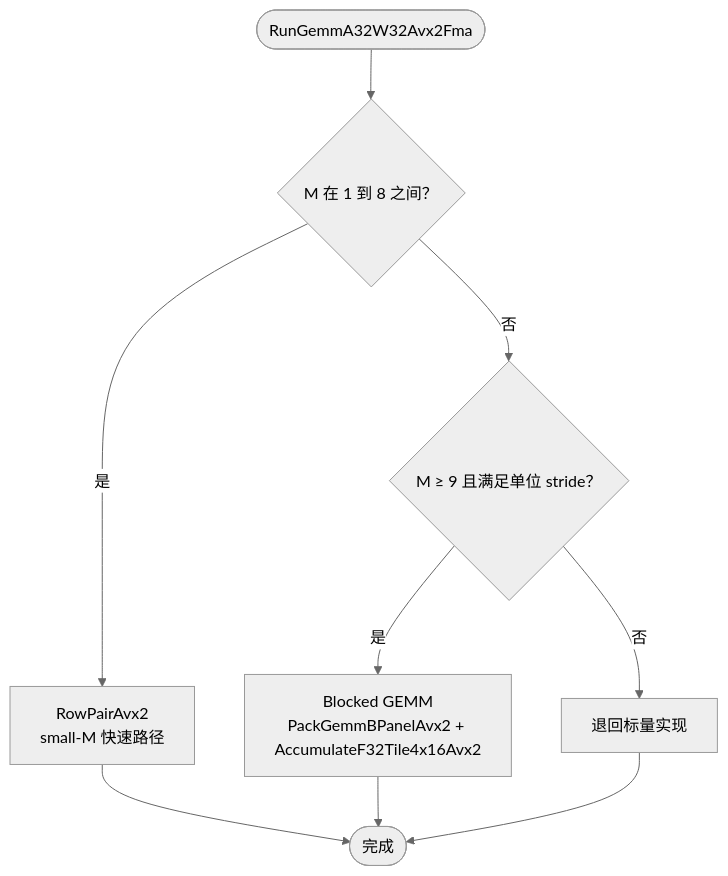
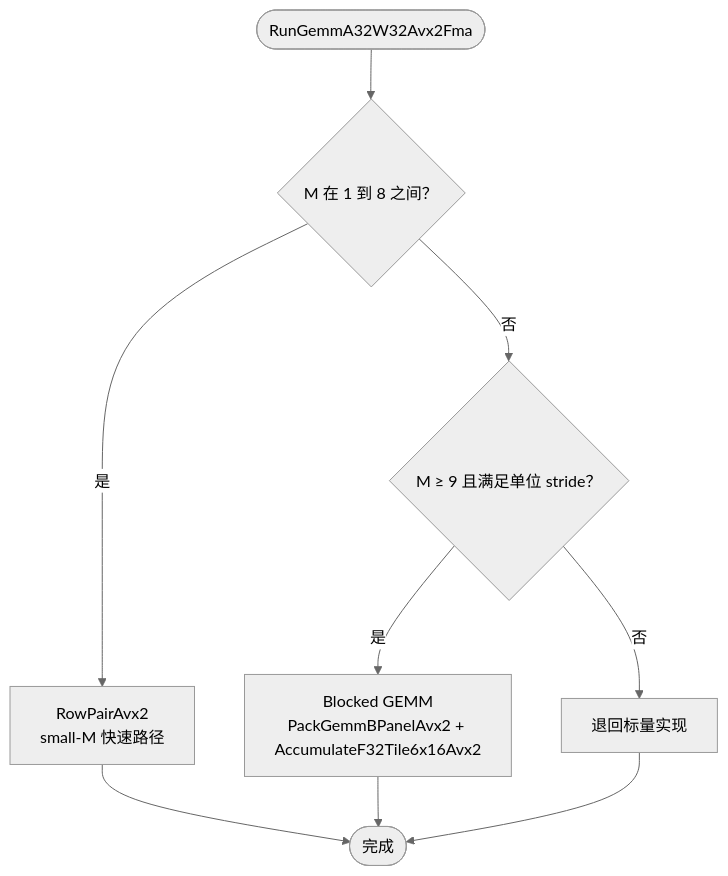
One commit to fengjiran/AetherMind changed the seventh of 13 diagrams in docs/handbook/核心模块设计/算子系统 (Operators)/线性变换算子.md. Above: the diagram before and after it, drawn with Mermaid (neutral theme). The commit also changed other lines of this file and 4 other files, not shown here.

````diff
--- a/docs/handbook/核心模块设计/算子系统 (Operators)/线性变换算子.md
+++ b/docs/handbook/核心模块设计/算子系统 (Operators)/线性变换算子.md
@@ -298,11 +298,11 @@
 ```mermaid
 flowchart TD
     Enter(["RunGemmA32W32Avx2Fma"]) --> SmallM{"M 在 1 到 8 之间？"}
     SmallM -->|是| RowPair["RowPairAvx2<br/>small-M 快速路径"]
     SmallM -->|否| LargeM{"M ≥ 9 且满足单位 stride？"}
-    LargeM -->|是| Blocked["Blocked GEMM<br/>PackGemmBPanelAvx2 + AccumulateF32Tile4x16Avx2"]
+    LargeM -->|是| Blocked["Blocked GEMM<br/>PackGemmBPanelAvx2 + AccumulateF32Tile6x16Avx2"]
     LargeM -->|否| ScalarFallback["退回标量实现"]
     RowPair --> Done(["完成"])
     Blocked --> Done
     ScalarFallback --> Done
 ```
````
